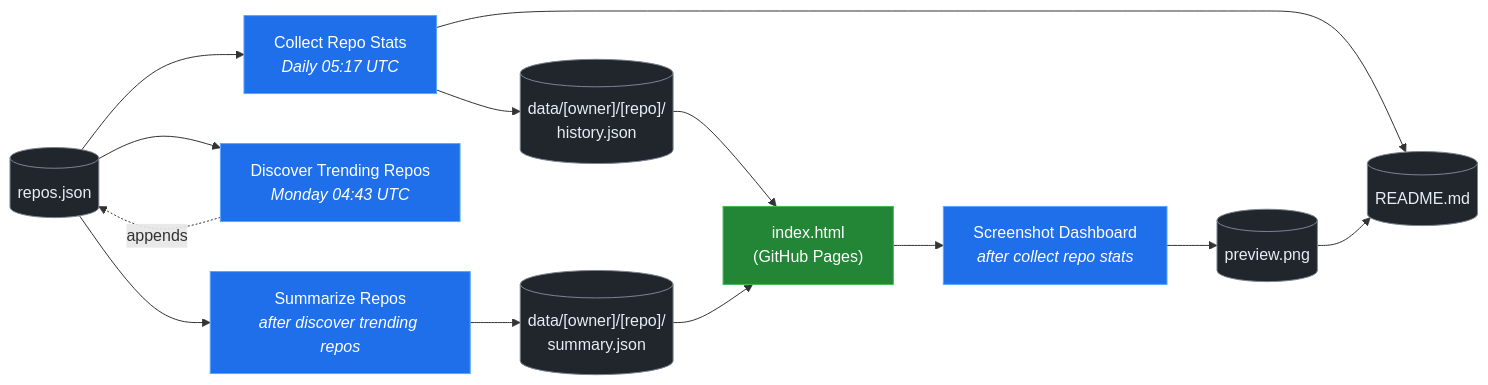
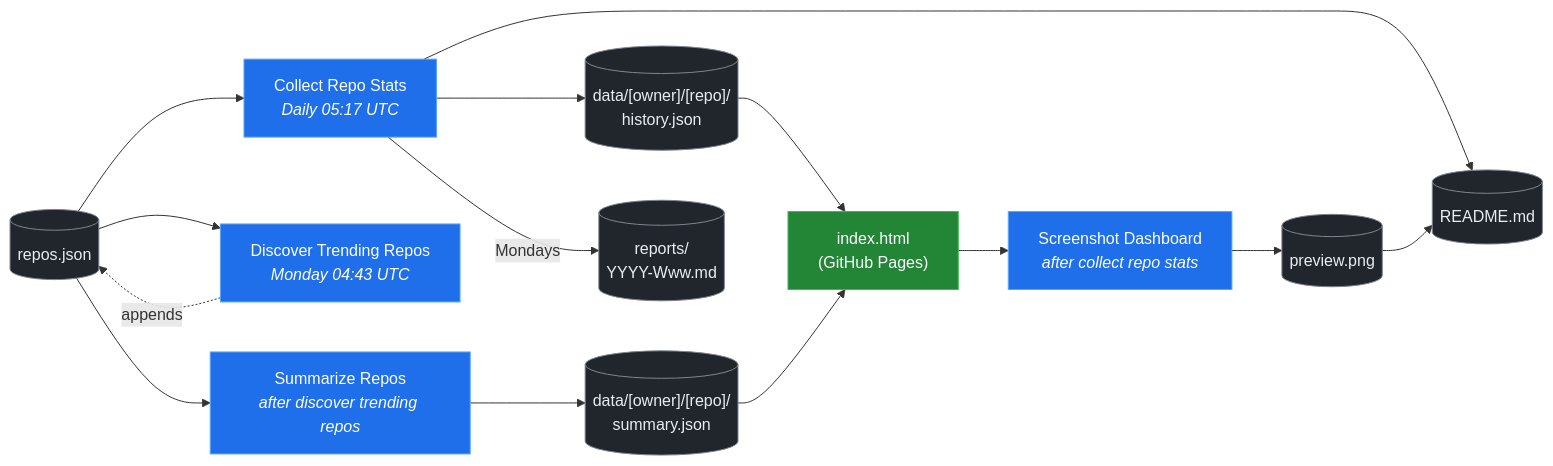
One commit to patrick-creates/rising-repos-tracker changed the diagram in README.md. Above: the diagram before and after it, drawn with Mermaid. The commit also changed other lines of this file and 2 other files, not shown here.

Commit message:
docs: README, Dashboard-Fußzeile und Diagramm an den Code angeglichen

````diff
--- a/README.md
+++ b/README.md
@@ -58,28 +58,30 @@
 ```mermaid
 graph LR
     repos[("repos.json")]:::data
     history[("data/[owner]/[repo]/<br/>history.json")]:::data
     summary[("data/[owner]/[repo]/<br/>summary.json")]:::data
     readme[("README.md")]:::data
+    reports[("reports/<br/>YYYY-Www.md")]:::data
     preview[("preview.png")]:::data
     dashboard["index.html<br/>(GitHub Pages)"]:::output
     collect_yml["Collect Repo Stats<br/><i>Daily 05:17 UTC</i>"]:::workflow
     discover_yml["Discover Trending Repos<br/><i>Monday 04:43 UTC</i>"]:::workflow
     screenshot_yml["Screenshot Dashboard<br/><i>after collect repo stats</i>"]:::workflow
     summarize_yml["Summarize Repos<br/><i>after discover trending repos</i>"]:::workflow
     repos --> collect_yml
     collect_yml --> history
     collect_yml --> readme
+    collect_yml -->|Mondays| reports
     repos --> discover_yml
     discover_yml -.->|appends| repos
     dashboard --> screenshot_yml
     screenshot_yml --> preview
     repos --> summarize_yml
     summarize_yml --> summary
     history --> dashboard
     summary --> dashboard
     preview --> readme
     classDef workflow fill:#1f6feb,stroke:#58a6ff,color:#fff
     classDef data fill:#21262d,stroke:#7d8590,color:#e6edf3
     classDef output fill:#238636,stroke:#3fb950,color:#fff
 ```
````
